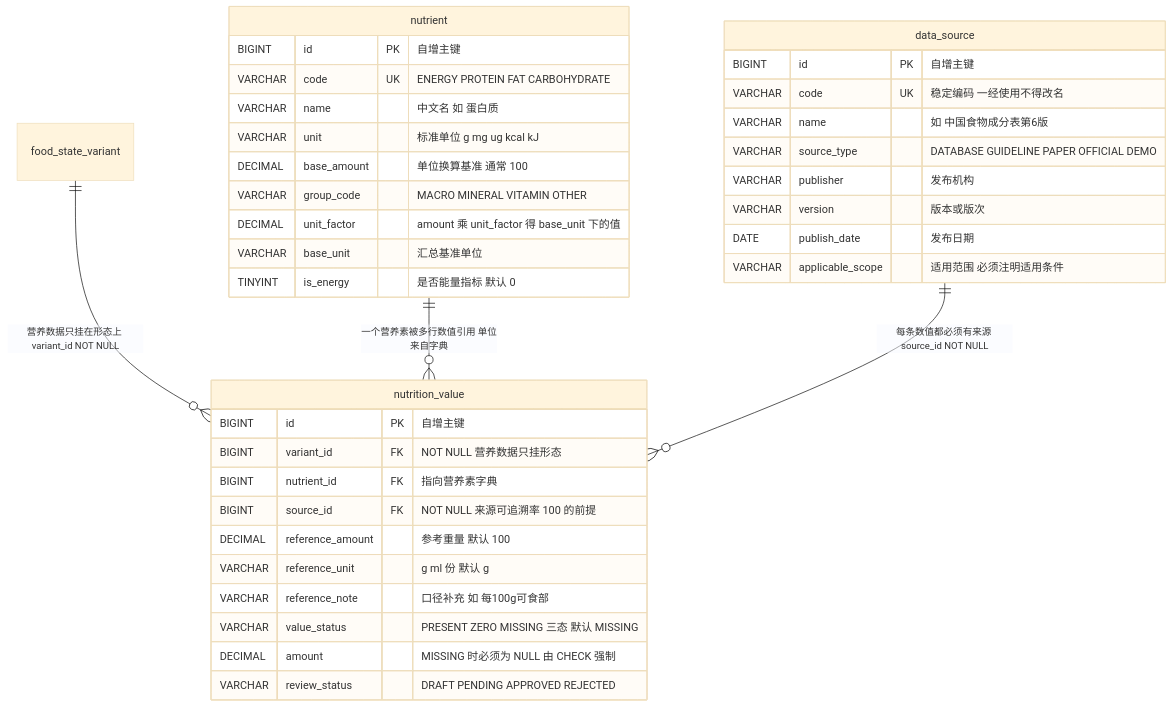
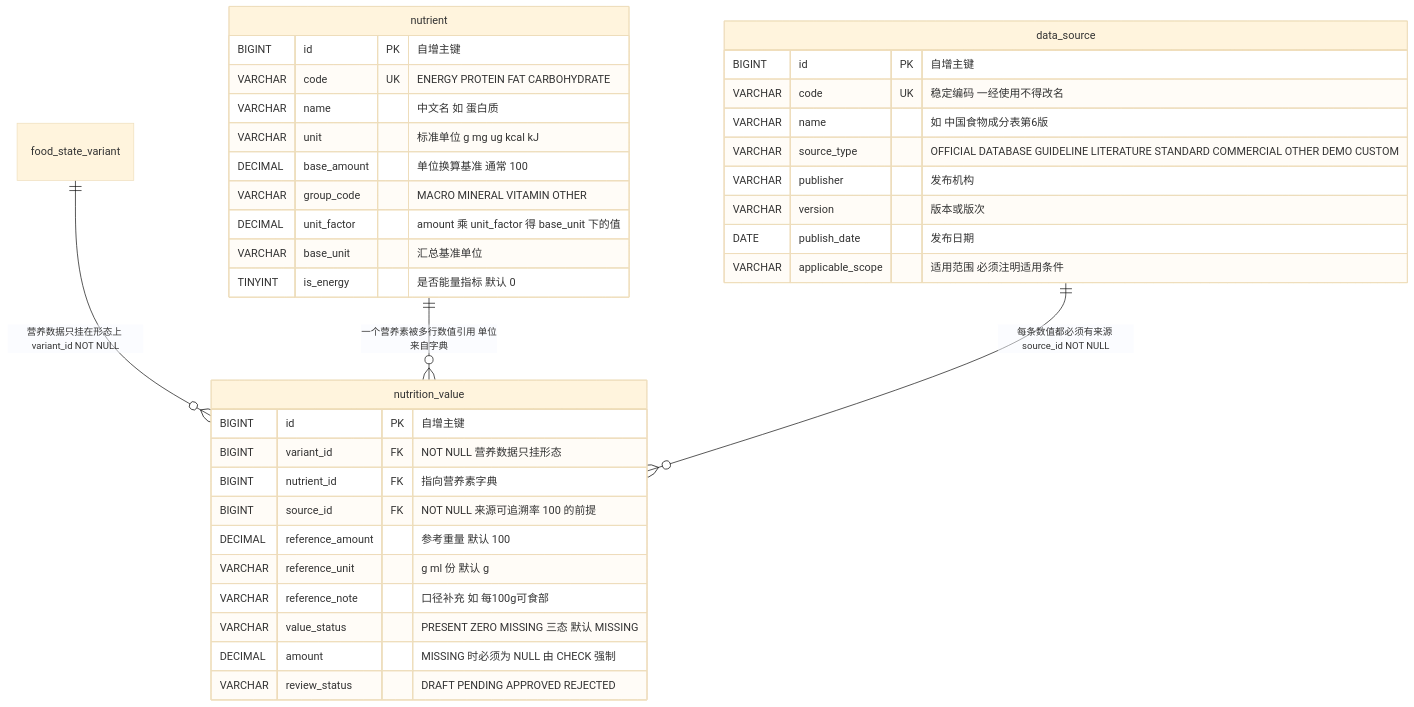
The third of 8 diagrams in docs/er-diagram.md (buxiangshuohua0724/nutrition-agent), drawn with Mermaid (base theme) before and after one commit. The commit also changed other lines of this file and 11 other files, not shown here.

Commit message:
docs: 按实测校正契约示例与 ER 图，并把知识引用守护扩展到 docId/chunkId 字段对

````diff
--- a/docs/er-diagram.md
+++ b/docs/er-diagram.md
@@ -215,39 +217,39 @@
 ```mermaid
 erDiagram
     nutrient {
         BIGINT id PK "自增主键"
         VARCHAR code UK "ENERGY PROTEIN FAT CARBOHYDRATE"
         VARCHAR name "中文名 如 蛋白质"
         VARCHAR unit "标准单位 g mg ug kcal kJ"
         DECIMAL base_amount "单位换算基准 通常 100"
         VARCHAR group_code "MACRO MINERAL VITAMIN OTHER"
         DECIMAL unit_factor "amount 乘 unit_factor 得 base_unit 下的值"
         VARCHAR base_unit "汇总基准单位"
         TINYINT is_energy "是否能量指标 默认 0"
     }
     data_source {
         BIGINT id PK "自增主键"
         VARCHAR code UK "稳定编码 一经使用不得改名"
         VARCHAR name "如 中国食物成分表第6版"
-        VARCHAR source_type "DATABASE GUIDELINE PAPER OFFICIAL DEMO"
+        VARCHAR source_type "OFFICIAL DATABASE GUIDELINE LITERATURE STANDARD COMMERCIAL OTHER DEMO CUSTOM"
         VARCHAR publisher "发布机构"
         VARCHAR version "版本或版次"
         DATE publish_date "发布日期"
         VARCHAR applicable_scope "适用范围 必须注明适用条件"
     }
     nutrition_value {
         BIGINT id PK "自增主键"
         BIGINT variant_id FK "NOT NULL 营养数据只挂形态"
         BIGINT nutrient_id FK "指向营养素字典"
         BIGINT source_id FK "NOT NULL 来源可追溯率 100 的前提"
         DECIMAL reference_amount "参考重量 默认 100"
         VARCHAR reference_unit "g ml 份 默认 g"
         VARCHAR reference_note "口径补充 如 每100g可食部"
         VARCHAR value_status "PRESENT ZERO MISSING 三态 默认 MISSING"
         DECIMAL amount "MISSING 时必须为 NULL 由 CHECK 强制"
         VARCHAR review_status "DRAFT PENDING APPROVED REJECTED"
     }
     food_state_variant ||--o{ nutrition_value : "营养数据只挂在形态上 variant_id NOT NULL"
     nutrient ||--o{ nutrition_value : "一个营养素被多行数值引用 单位来自字典"
     data_source ||--o{ nutrition_value : "每条数值都必须有来源 source_id NOT NULL"
 ```
````
